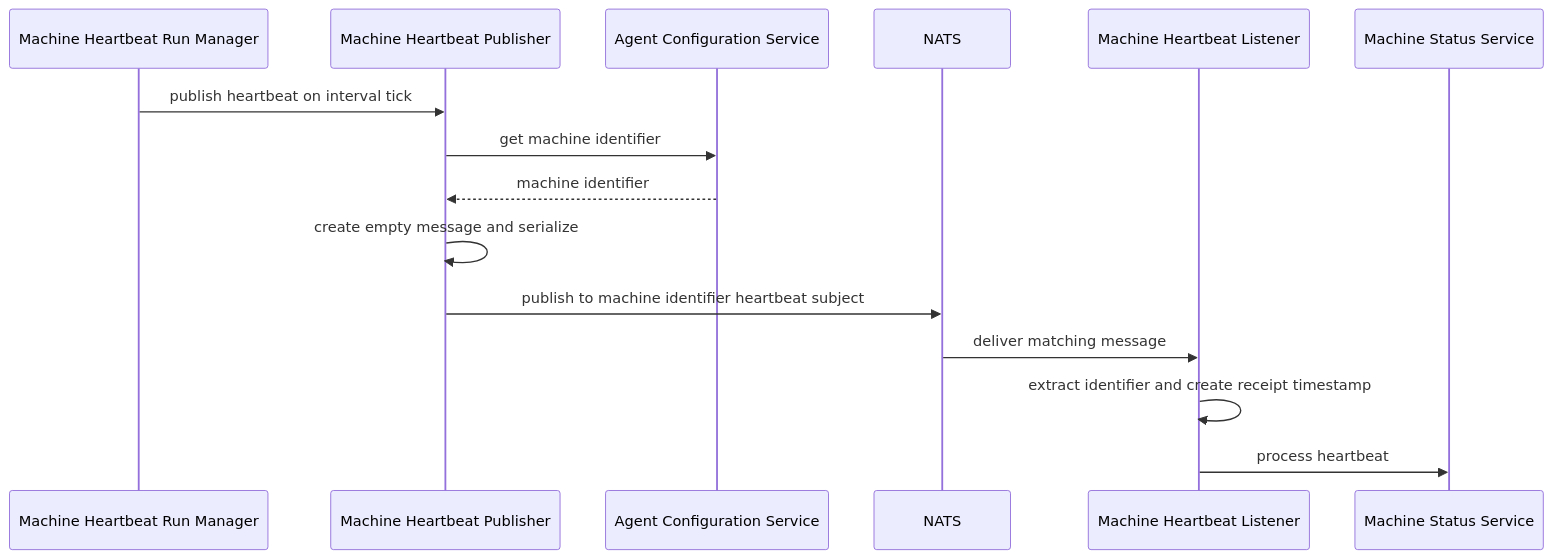
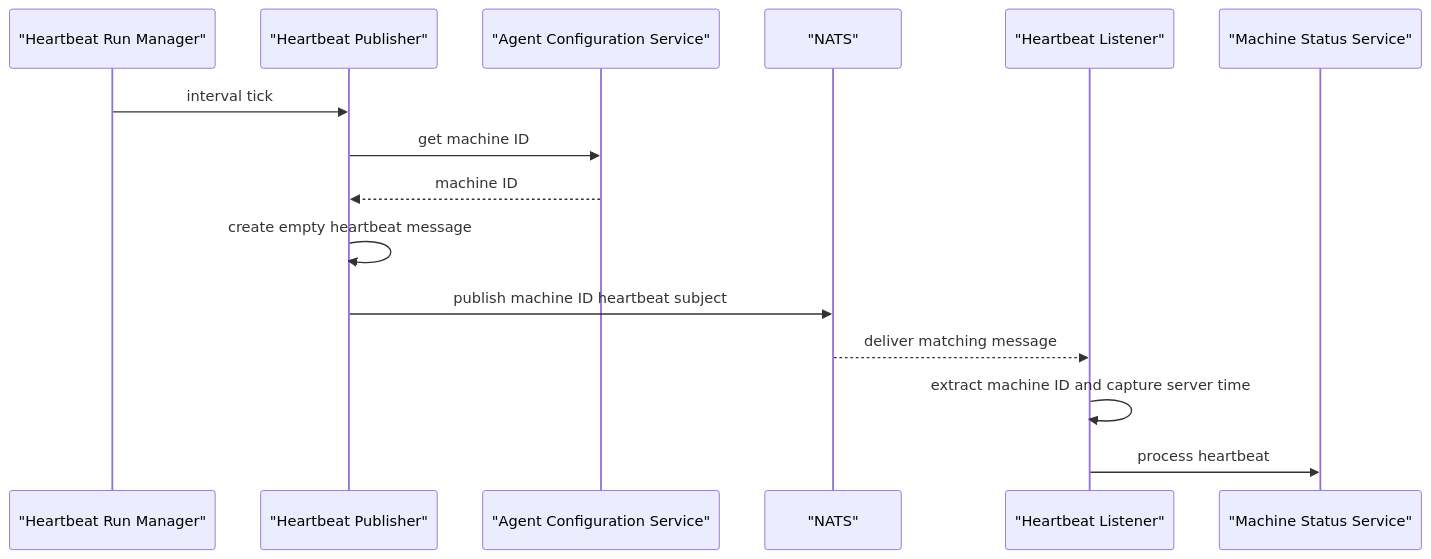
The second of 3 diagrams in docs/reference/architecture/openframe-client-core/model-machine-heartbeat/model-machine-heartbeat.md (flamingo-stack/openframe-oss-tenant), drawn with Mermaid before and after one commit. The commit also changed other lines of this file and 2377 other files, not shown here.

````diff
--- a/docs/reference/architecture/openframe-client-core/model-machine-heartbeat/model-machine-heartbeat.md
+++ b/docs/reference/architecture/openframe-client-core/model-machine-heartbeat/model-machine-heartbeat.md
@@ -63,17 +66,17 @@
 ```mermaid
 sequenceDiagram
-    participant Manager as Machine Heartbeat Run Manager
-    participant Publisher as Machine Heartbeat Publisher
-    participant Config as Agent Configuration Service
-    participant Nats as NATS
-    participant Listener as Machine Heartbeat Listener
-    participant Status as Machine Status Service
-    Manager->>Publisher: publish heartbeat on interval tick
-    Publisher->>Config: get machine identifier
-    Config-->>Publisher: machine identifier
-    Publisher->>Publisher: create empty message and serialize
-    Publisher->>Nats: publish to machine identifier heartbeat subject
-    Nats->>Listener: deliver matching message
-    Listener->>Listener: extract identifier and create receipt timestamp
+    participant Runner as "Heartbeat Run Manager"
+    participant Publisher as "Heartbeat Publisher"
+    participant Config as "Agent Configuration Service"
+    participant Nats as "NATS"
+    participant Listener as "Heartbeat Listener"
+    participant Status as "Machine Status Service"
+    Runner->>Publisher: interval tick
+    Publisher->>Config: get machine ID
+    Config-->>Publisher: machine ID
+    Publisher->>Publisher: create empty heartbeat message
+    Publisher->>Nats: publish machine ID heartbeat subject
+    Nats-->>Listener: deliver matching message
+    Listener->>Listener: extract machine ID and capture server time
     Listener->>Status: process heartbeat
 ```
````
